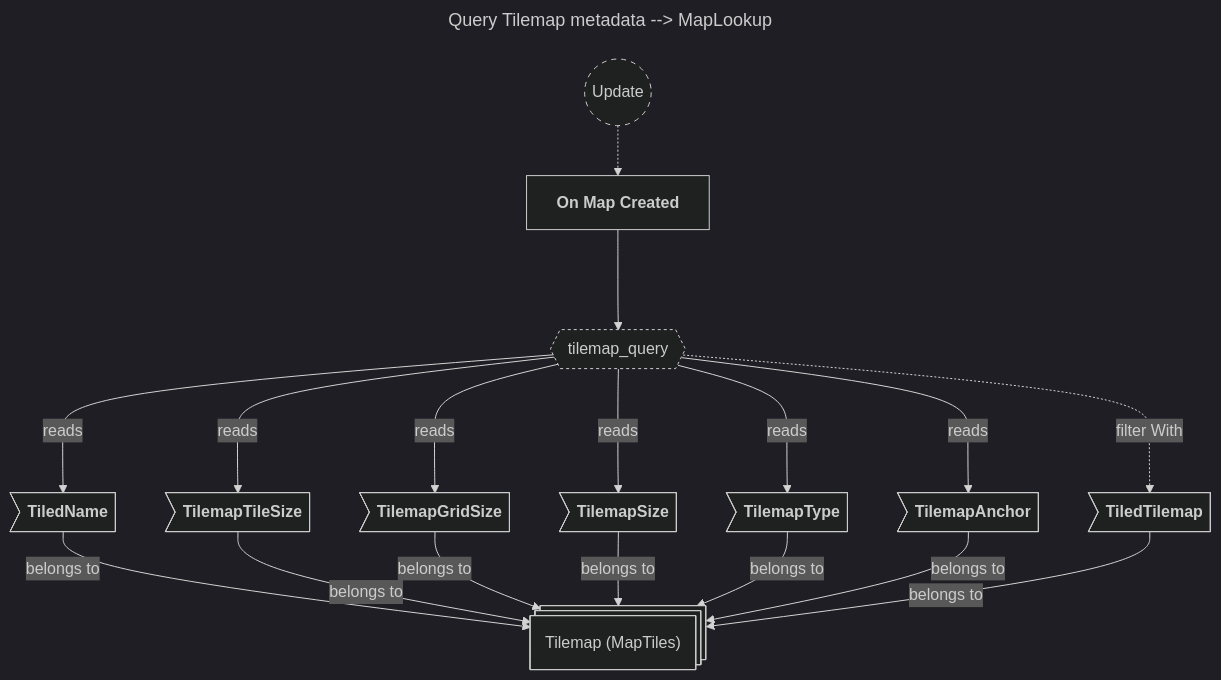
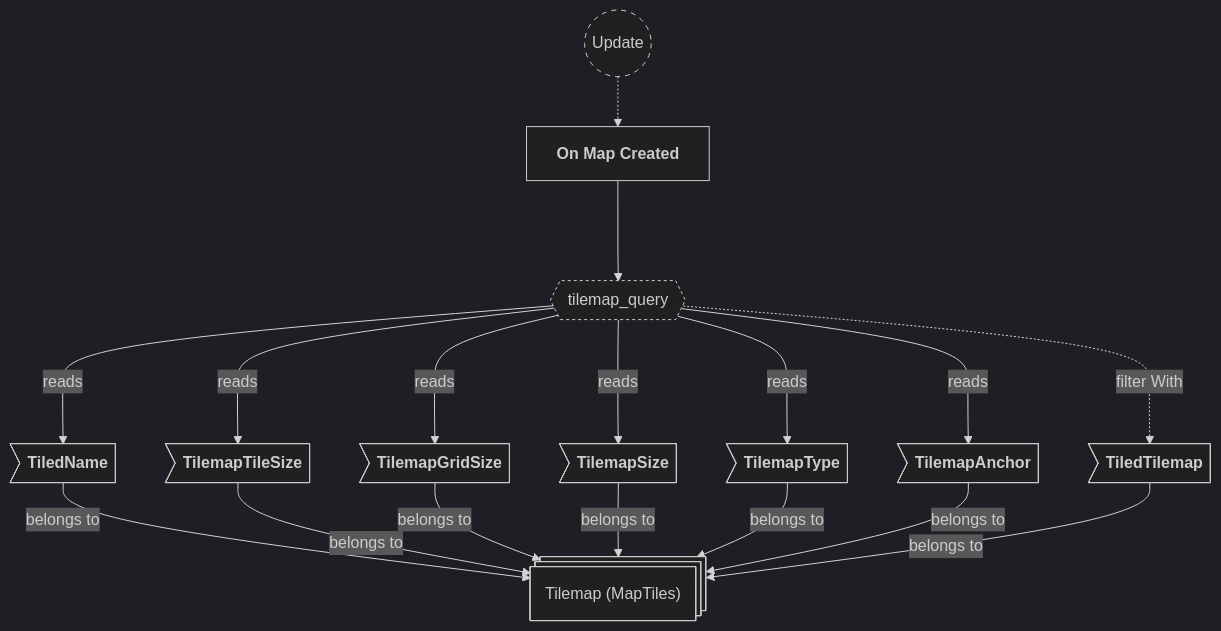
Before and after one commit to neurosoup/tyled: the second of 6 diagrams in backlog/docs/doc-3 - 001-Maps-plugin.md, drawn with Mermaid. The commit also changed other lines of this file and 7 other files, not shown here.

````diff
--- a/backlog/docs/doc-3 - 001-Maps-plugin.md
+++ b/backlog/docs/doc-3 - 001-Maps-plugin.md
@@ -53,37 +79,36 @@
 ```mermaid
 ---
-title: Query Tilemap metadata  --> MapLookup
 config:
   theme: dark
 ---
 
 flowchart TD
 classDef system-group stroke-dasharray: 5 5
 classDef query stroke-dasharray: 3 3
 
 update(("`Update`")):::system-group
 on_map_created["`**On Map Created**`"]
 
 update -.-> on_map_created
 
 tilemap_query{{"`tilemap_query`"}}:::query
 on_map_created ---> tilemap_query
 
 tilemap_entity@{ shape: st-rect, label: "Tilemap (MapTiles)" }
 
 tm_name>"`**TiledName**`"] --> |belongs to| tilemap_entity
 tm_tile_size>"`**TilemapTileSize**`"] --> |belongs to| tilemap_entity
 tm_grid_size>"`**TilemapGridSize**`"] --> |belongs to| tilemap_entity
 tm_map_size>"`**TilemapSize**`"] --> |belongs to| tilemap_entity
 tm_map_type>"`**TilemapType**`"] --> |belongs to| tilemap_entity
 tm_anchor>"`**TilemapAnchor**`"] --> |belongs to| tilemap_entity
 tm_marker>"`**TiledTilemap**`"] --> |belongs to| tilemap_entity
 
 tilemap_query ---> |reads| tm_name
 tilemap_query ---> |reads| tm_tile_size
 tilemap_query ---> |reads| tm_grid_size
 tilemap_query ---> |reads| tm_map_size
 tilemap_query ---> |reads| tm_map_type
 tilemap_query ---> |reads| tm_anchor
 tilemap_query -..-> |filter With| tm_marker
 ```
````
